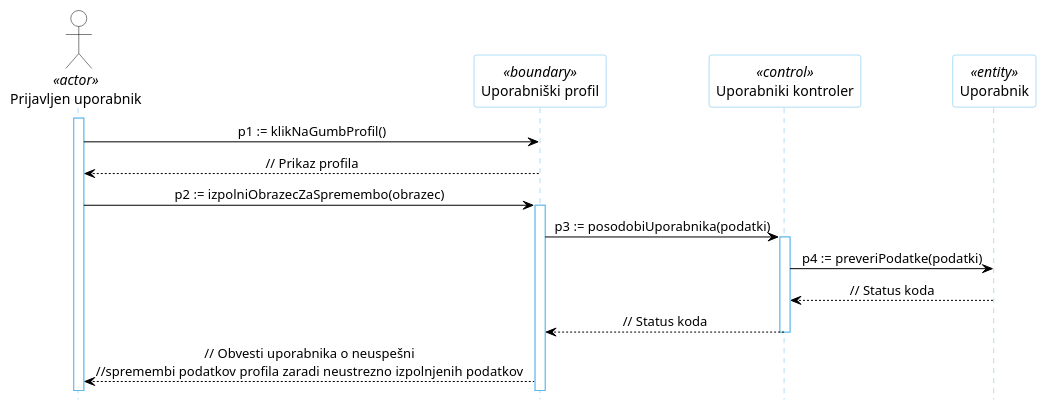
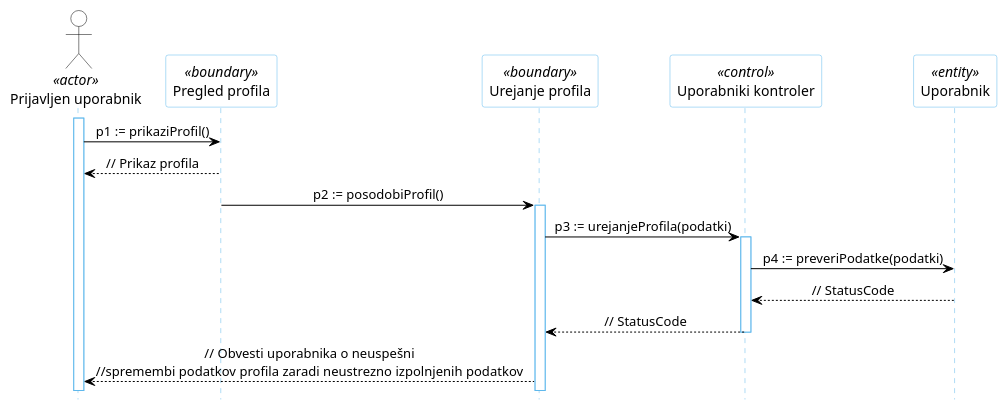
The diagram in docs/gradivo/plantuml/DZ/05c.puml (kupinah/test-tpo), drawn with PlantUML before and after one commit. The commit also changed 36 other files, not shown here.

```diff
--- a/docs/gradivo/plantuml/DZ/05c.puml
+++ b/docs/gradivo/plantuml/DZ/05c.puml
@@ -1,31 +1,32 @@
 @startuml
 hide footbox
 
 skinparam backgroundcolor transparent
 skinparam defaultTextAlignment center
 skinparam actorBorderColor black
 skinparam actorBackgroundColor white
 skinparam arrowColor black
 skinparam sequenceLifeLineBorderColor #5FB8EC
 skinparam sequenceParticipantBorderColor #5FB8EC
 skinparam sequenceParticipantBackgroundColor white
 
 actor "Prijavljen uporabnik" AS U1 <<actor>>
 
-participant "Uporabniški profil" as R5 <<boundary>>
+participant "Pregled profila" as R6 <<boundary>>
+participant "Urejanje profila" as R5 <<boundary>>
 participant "Uporabniki kontroler" as R2 <<control>>
 participant "Uporabnik" as R4 <<entity>>
 
 activate U1
-U1 -> R5: p1 := klikNaGumbProfil()
-R5 --> U1: // Prikaz profila
-U1 -> R5: p2 := izpolniObrazecZaSpremembo(obrazec)
+U1 -> R6: p1 := prikaziProfil()
+R6 --> U1: // Prikaz profila
+R6 -> R5: p2 := posodobiProfil()
 activate R5
-R5 -> R2: p3 := posodobiUporabnika(podatki)
+R5 -> R2: p3 := urejanjeProfila(podatki)
 activate R2
 R2 -> R4: p4 := preveriPodatke(podatki)
-R4 --> R2: // Status koda
-R2 --> R5: // Status koda
+R4 --> R2: // StatusCode
+R2 --> R5: // StatusCode
 deactivate R2
 R5 --> U1: // Obvesti uporabnika o neuspešni\n//spremembi podatkov profila zaradi neustrezno izpolnjenih podatkov
 @enduml
```
